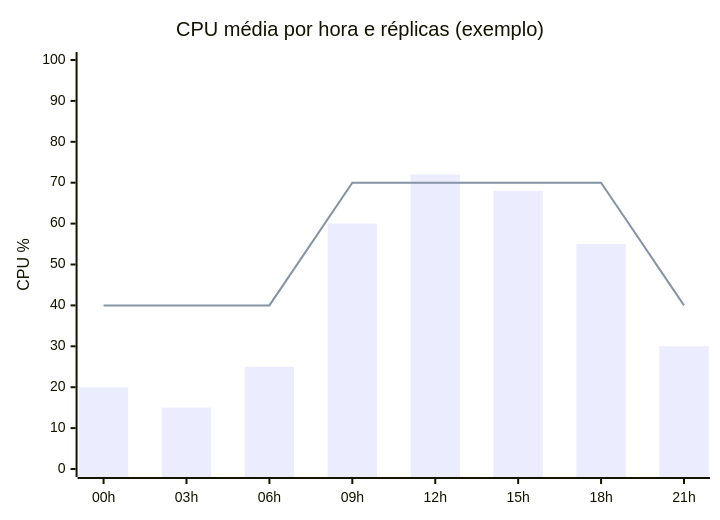
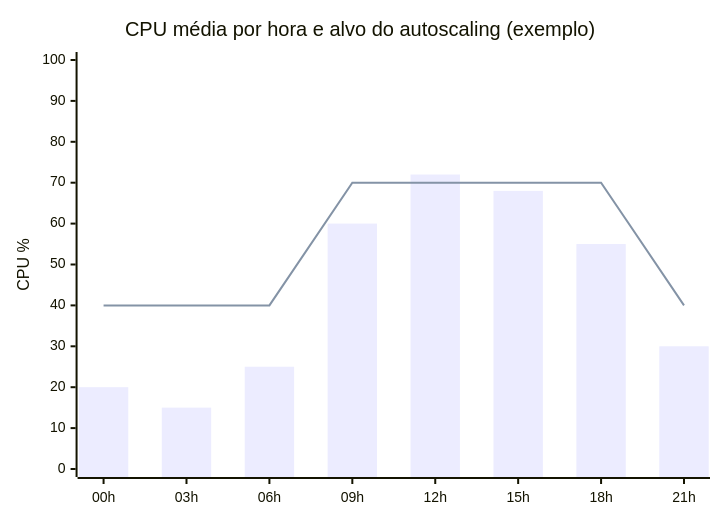
One commit to edtroleis/techdocs-wikis changed the diagram in arquitetura/docs/operacao/capacidade-custos.md. Above: the diagram before and after it, drawn with Mermaid. The commit also changed other lines of this file and 10 other files, not shown here.

````diff
--- a/arquitetura/docs/operacao/capacidade-custos.md
+++ b/arquitetura/docs/operacao/capacidade-custos.md
@@ -16,8 +7,8 @@
 ```mermaid
 xychart-beta
-    title "CPU média por hora e réplicas (exemplo)"
+    title "CPU média por hora e alvo do autoscaling (exemplo)"
     x-axis [00h, 03h, 06h, 09h, 12h, 15h, 18h, 21h]
     y-axis "CPU %" 0 --> 100
     bar [20, 15, 25, 60, 72, 68, 55, 30]
     line [40, 40, 40, 70, 70, 70, 70, 40]
 ```
````
